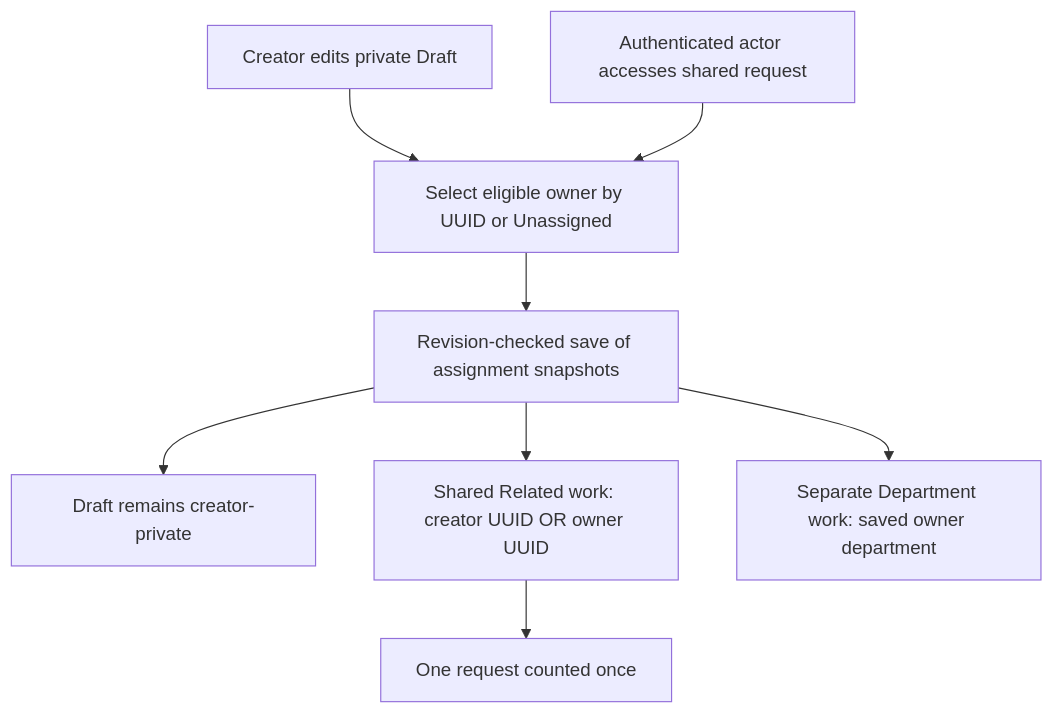
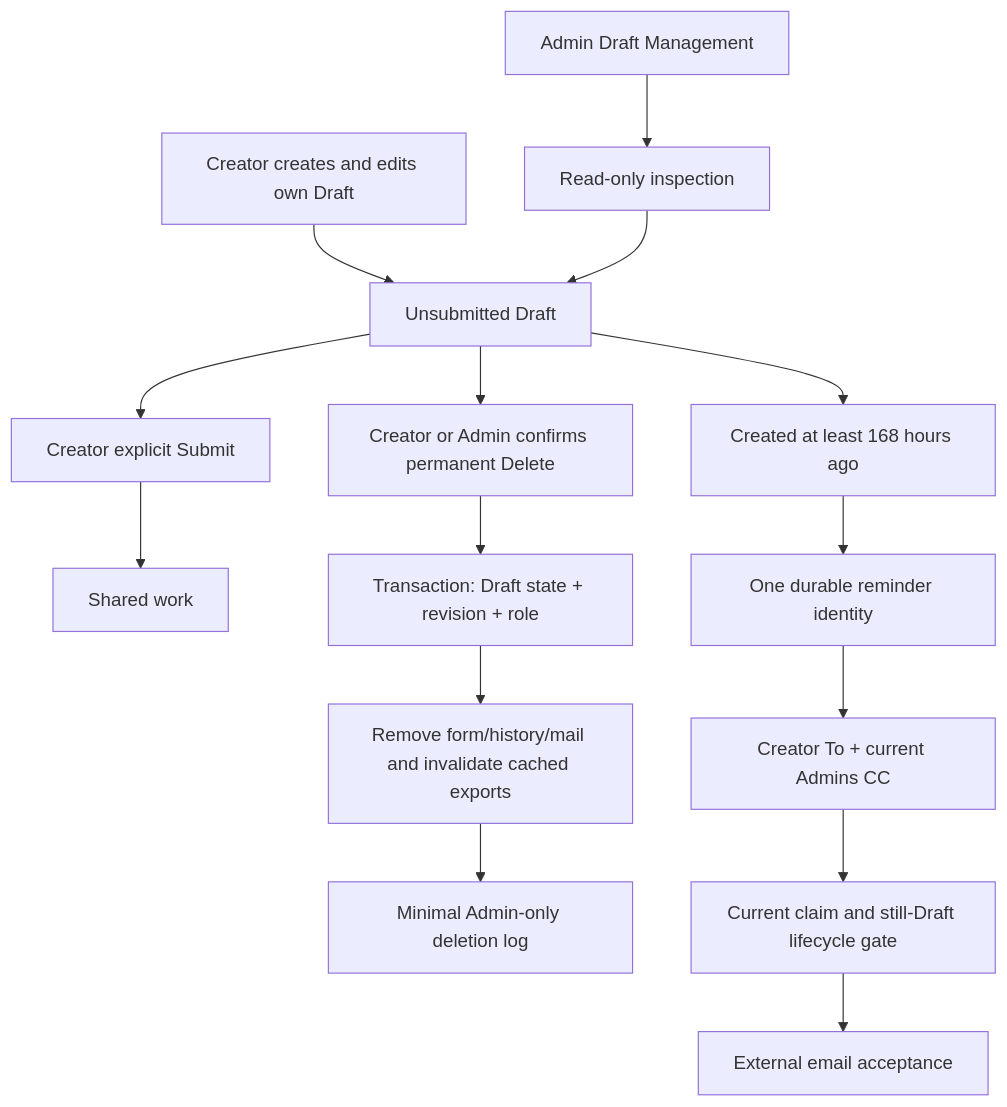
One commit to Kasidet4531/Web-Request-setup-file changed the fourth of 7 diagrams in docs/diagrams.md. Above: the diagram before and after it, drawn with Mermaid. The commit also changed other lines of this file and 83 other files, not shown here.

Commit message:
feat: add Draft reminders and management with Product Type team filtering

````diff
--- a/docs/diagrams.md
+++ b/docs/diagrams.md
@@ -79,10 +79,17 @@
 ```mermaid
 flowchart TD
-  Draft[Creator edits private Draft] --> Select[Select eligible owner by UUID or Unassigned]
-  Shared[Authenticated actor accesses shared request] --> Select
-  Select --> Save[Revision-checked save of assignment snapshots]
-  Save --> Privacy[Draft remains creator-private]
-  Save --> Related[Shared Related work: creator UUID OR owner UUID]
-  Related --> Dedup[One request counted once]
-  Save --> Department[Separate Department work: saved owner department]
+  Creator[Creator creates and edits own Draft] --> Draft[Unsubmitted Draft]
+  Admin[Admin Draft Management] --> Read[Read-only inspection]
+  Read --> Draft
+  Draft --> Submit[Creator explicit Submit]
+  Submit --> Shared[Shared work]
+  Draft --> Delete[Creator or Admin confirms permanent Delete]
+  Delete --> Gate[Transaction: Draft state + revision + role]
+  Gate --> Purge[Remove form/history/mail and invalidate cached exports]
+  Purge --> Log[Minimal Admin-only deletion log]
+  Draft --> Age[Created at least 168 hours ago]
+  Age --> Once[One durable reminder identity]
+  Once --> Recipients[Creator To + current Admins CC]
+  Recipients --> Dispatch[Current claim and still-Draft lifecycle gate]
+  Dispatch --> Mail[External email acceptance]
 ```
````
